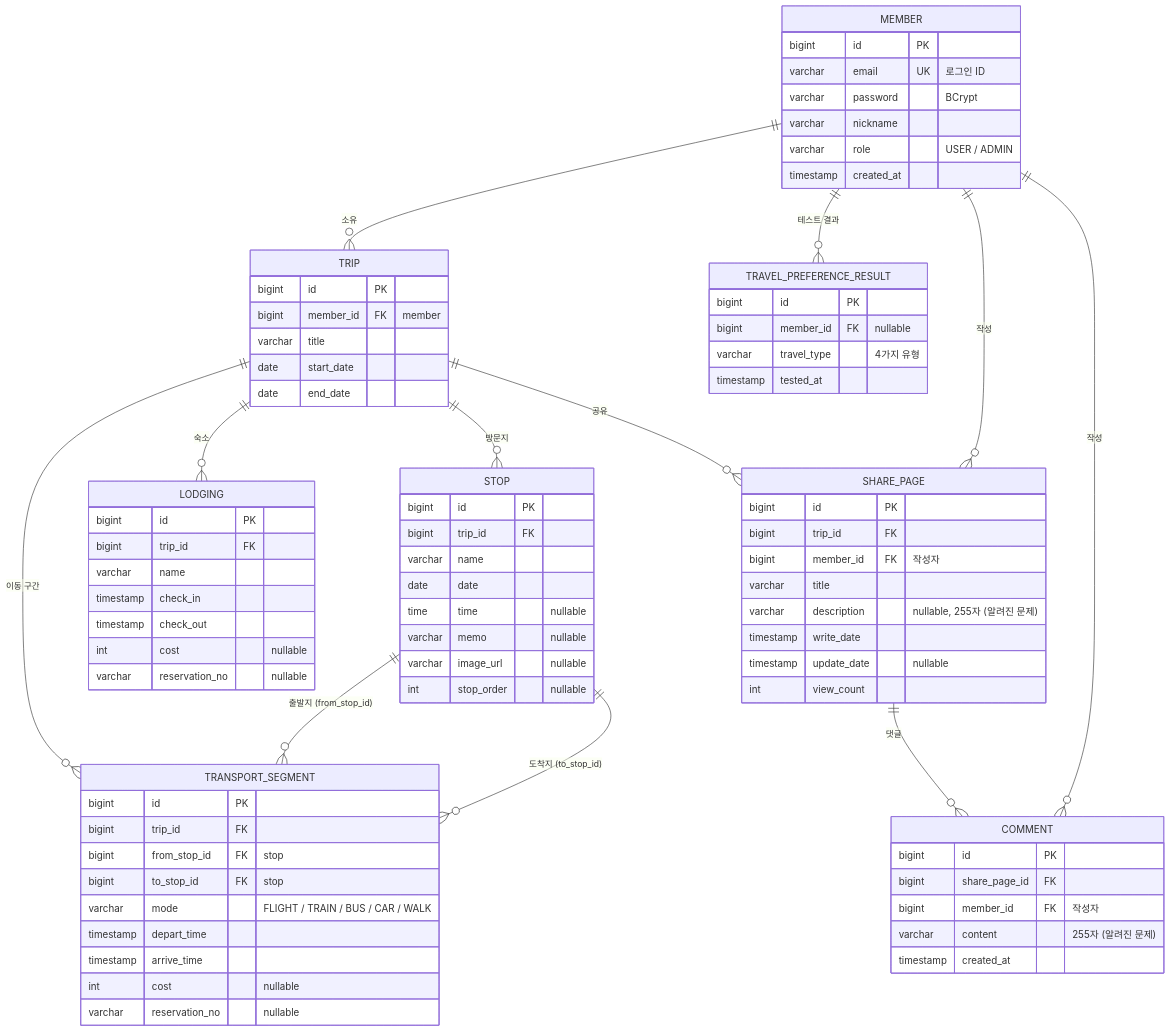
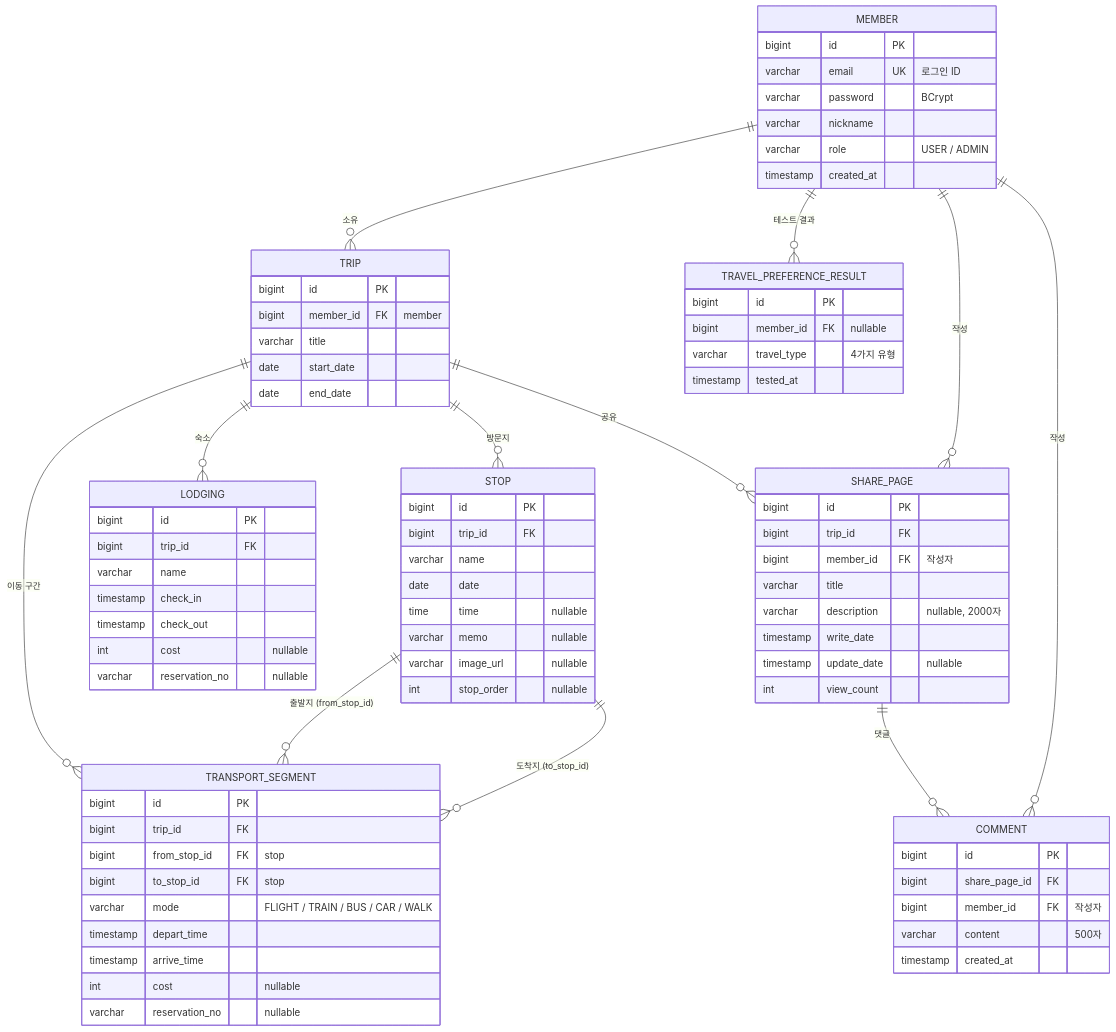
The diagram in docs/erd.md (yncteamproject/Triplan), drawn with Mermaid before and after one commit. The commit also changed other lines of this file and 7 other files, not shown here.

```diff
--- a/docs/erd.md
+++ b/docs/erd.md
@@ -67,7 +67,7 @@
         bigint trip_id FK
         bigint member_id FK "작성자"
         varchar title
-        varchar description "nullable, 255자 (알려진 문제)"
+        varchar description "nullable, 2000자"
         timestamp write_date
         timestamp update_date "nullable"
         int view_count
@@ -76,7 +76,7 @@
         bigint id PK
         bigint share_page_id FK
         bigint member_id FK "작성자"
-        varchar content "255자 (알려진 문제)"
+        varchar content "500자"
         timestamp created_at
     }
     TRAVEL_PREFERENCE_RESULT {
```
